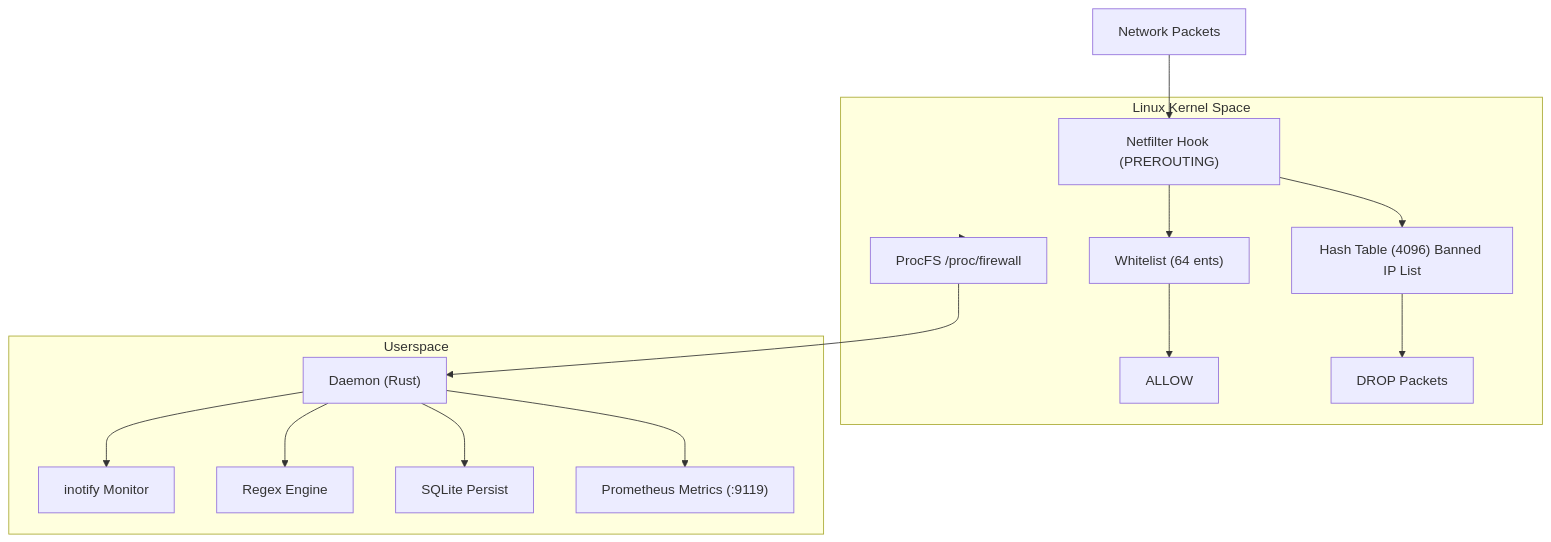
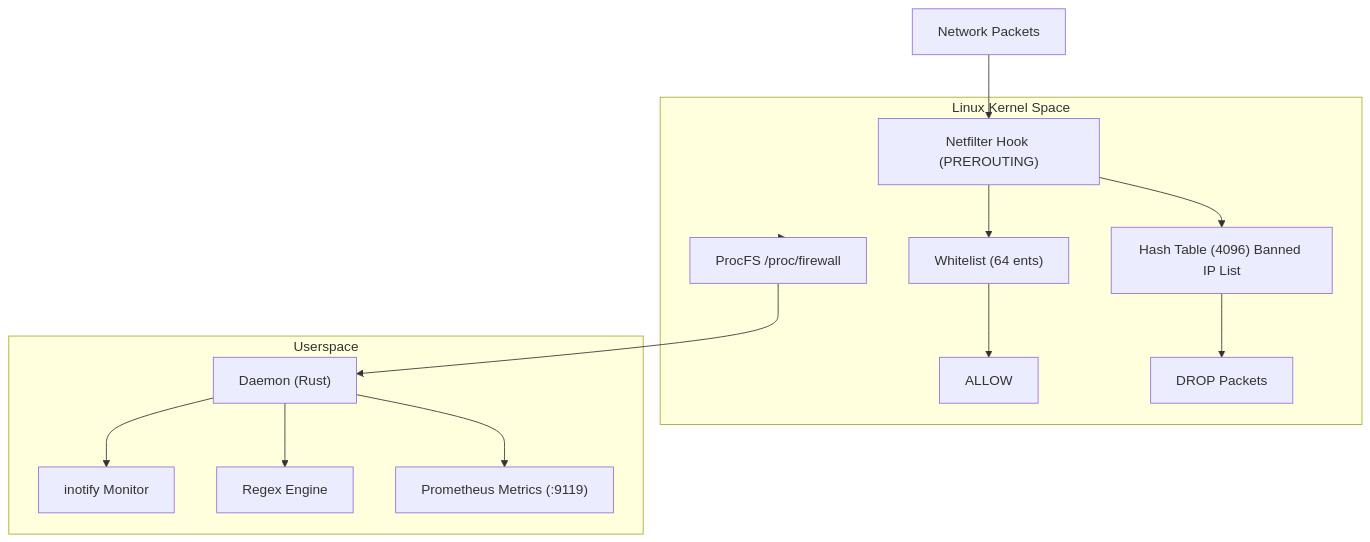
One commit to SnowCore8/linux-firewall-kmod changed the diagram in docs/en/README.md. Above: the diagram before and after it, drawn with Mermaid. The commit also changed other lines of this file and 39 other files, not shown here.

````diff
--- a/docs/en/README.md
+++ b/docs/en/README.md
@@ -26,34 +26,32 @@
 ```mermaid
 graph TB
     NetworkPackets["Network Packets"] --> NetfilterHook
 
     subgraph KernelSpace["Linux Kernel Space"]
         NetfilterHook["Netfilter Hook (PREROUTING)"]
         Whitelist["Whitelist (64 ents)"]
         HashTable["Hash Table (4096) Banned IP List"]
         Allow["ALLOW"]
         Drop["DROP Packets"]
         ProcFS["ProcFS /proc/firewall"]
 
         NetfilterHook --> Whitelist
         NetfilterHook --> HashTable
         Whitelist --> Allow
         HashTable --> Drop
     end
 
     subgraph Userspace["Userspace"]
         Daemon["Daemon (Rust)"]
         Inotify["inotify Monitor"]
         Regex["Regex Engine"]
-        SQLite["SQLite Persist"]
         Prometheus["Prometheus Metrics (:9119)"]
 
         Daemon --> Inotify
         Daemon --> Regex
-        Daemon --> SQLite
         Daemon --> Prometheus
     end
 
     KernelSpace --> ProcFS
     ProcFS --> Daemon
 ```
````
